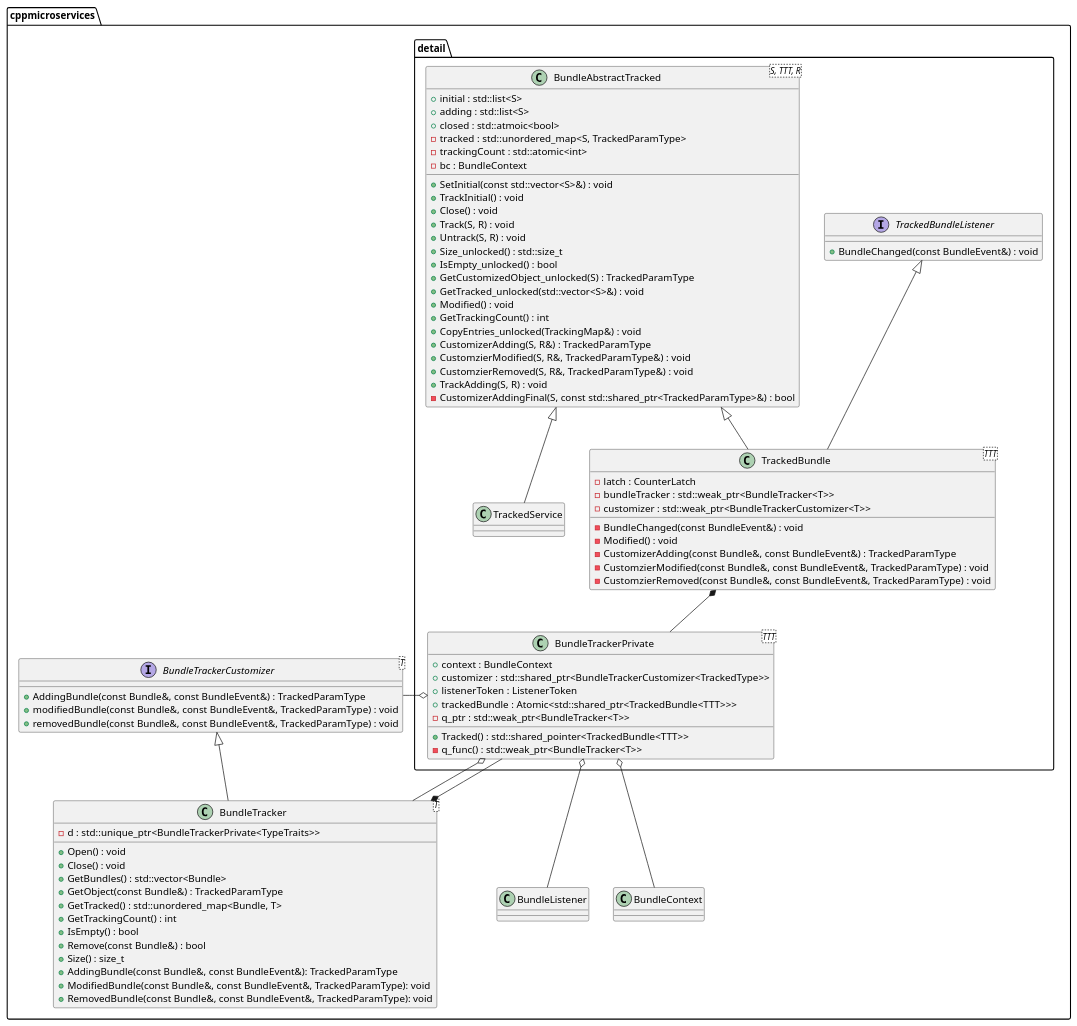
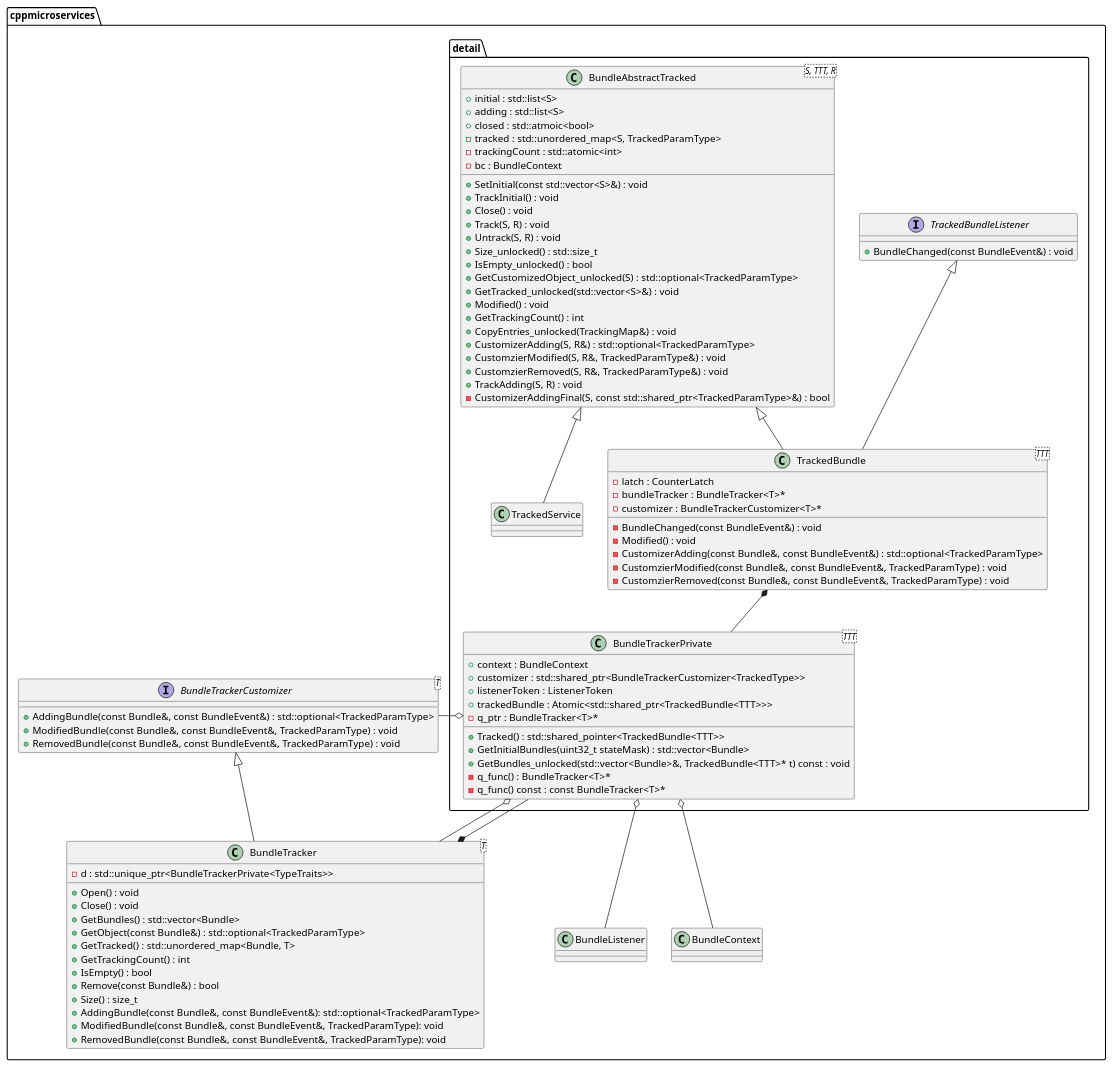
Before and after one commit to CppMicroServices/rfcs: the diagram in text/0009-BundleTracker-integration/class_diagram.puml, drawn with PlantUML. The commit also changed 2 other files, not shown here.

```diff
--- a/text/0009-BundleTracker-integration/class_diagram.puml
+++ b/text/0009-BundleTracker-integration/class_diagram.puml
@@ -1,92 +1,95 @@
 @startuml class_diagram
 package cppmicroservices {
     
     class "BundleListener" as BL
     class "BundleContext" as BC
 
     class "BundleTracker" as BT<T> {
         - d : std::unique_ptr<BundleTrackerPrivate<TypeTraits>>
         + Open() : void
         + Close() : void
         + GetBundles() : std::vector<Bundle>
-        + GetObject(const Bundle&) : TrackedParamType
+        + GetObject(const Bundle&) : std::optional<TrackedParamType>
         + GetTracked() : std::unordered_map<Bundle, T>
         + GetTrackingCount() : int
         + IsEmpty() : bool
         + Remove(const Bundle&) : bool
         + Size() : size_t
-        + AddingBundle(const Bundle&, const BundleEvent&): TrackedParamType
+        + AddingBundle(const Bundle&, const BundleEvent&): std::optional<TrackedParamType>
         + ModifiedBundle(const Bundle&, const BundleEvent&, TrackedParamType): void
         + RemovedBundle(const Bundle&, const BundleEvent&, TrackedParamType): void
     }
     interface "BundleTrackerCustomizer" as BTC<T> {
-        + AddingBundle(const Bundle&, const BundleEvent&) : TrackedParamType 
-        + modifiedBundle(const Bundle&, const BundleEvent&, TrackedParamType) : void
-        + removedBundle(const Bundle&, const BundleEvent&, TrackedParamType) : void
+        + AddingBundle(const Bundle&, const BundleEvent&) : std::optional<TrackedParamType> 
+        + ModifiedBundle(const Bundle&, const BundleEvent&, TrackedParamType) : void
+        + RemovedBundle(const Bundle&, const BundleEvent&, TrackedParamType) : void
     }
     
     package detail {
         class "BundleTrackerPrivate" as BTP<TTT> {
             + context : BundleContext
             + customizer : std::shared_ptr<BundleTrackerCustomizer<TrackedType>>
             + listenerToken : ListenerToken
             + trackedBundle : Atomic<std::shared_ptr<TrackedBundle<TTT>>>
             + Tracked() : std::shared_pointer<TrackedBundle<TTT>>
-            - q_func() : std::weak_ptr<BundleTracker<T>>
-            - q_ptr : std::weak_ptr<BundleTracker<T>>
+            + GetInitialBundles(uint32_t stateMask) : std::vector<Bundle>
+            + GetBundles_unlocked(std::vector<Bundle>&, TrackedBundle<TTT>* t) const : void
+            - q_func() : BundleTracker<T>*
+            - q_func() const : const BundleTracker<T>*
+            - q_ptr : BundleTracker<T>*
         }
         interface "TrackedBundleListener" as TBL {
             + BundleChanged(const BundleEvent&) : void
         }
         class "TrackedBundle" as TB<TTT> {
             - latch : CounterLatch
-            - bundleTracker : std::weak_ptr<BundleTracker<T>>
-            - customizer : std::weak_ptr<BundleTrackerCustomizer<T>>
+            - bundleTracker : BundleTracker<T>*
+            - customizer : BundleTrackerCustomizer<T>*
 
             - BundleChanged(const BundleEvent&) : void
             - Modified() : void
-            - CustomizerAdding(const Bundle&, const BundleEvent&) : TrackedParamType
+            - CustomizerAdding(const Bundle&, const BundleEvent&) : std::optional<TrackedParamType>
             - CustomzierModified(const Bundle&, const BundleEvent&, TrackedParamType) : void
             - CustomzierRemoved(const Bundle&, const BundleEvent&, TrackedParamType) : void
         
         }
         class "TrackedService" as TS
         class "BundleAbstractTracked" as BAT <S, TTT, R> {
             + SetInitial(const std::vector~<S>&) : void
             + TrackInitial() : void
             + Close() : void
             + Track(S, R) : void
             + Untrack(S, R) : void
             + Size_unlocked() : std::size_t
             + IsEmpty_unlocked() : bool
-            + GetCustomizedObject_unlocked(S) : TrackedParamType
+            + GetCustomizedObject_unlocked(S) : std::optional<TrackedParamType>
             + GetTracked_unlocked(std::vector~<S>&) : void
             + Modified() : void
             + GetTrackingCount() : int
             + CopyEntries_unlocked(TrackingMap&) : void
-            + CustomizerAdding(S, R&) : TrackedParamType
+            + CustomizerAdding(S, R&) : std::optional<TrackedParamType>
             + CustomzierModified(S, R&, TrackedParamType&) : void
             + CustomzierRemoved(S, R&, TrackedParamType&) : void
             + TrackAdding(S, R) : void
             + initial : std::list~<S>
             + adding : std::list~<S>
             + closed : std::atmoic<bool>
             - tracked : std::unordered_map<S, TrackedParamType>
             - trackingCount : std::atomic<int>
             - bc : BundleContext
             - CustomizerAddingFinal(S, const std::shared_ptr<TrackedParamType>&) : bool
         }
     }
     BTC <|-- BT
     BT *-- BTP
     BTP o-- BT
     BAT <|-- TB
     TBL <|-- TB
     TB *-- BTP
     BTP o-- BC
     BTP o-- BL
     BTP o-- BTC
     BAT <|-- TS
 
 }
 @enduml
```
